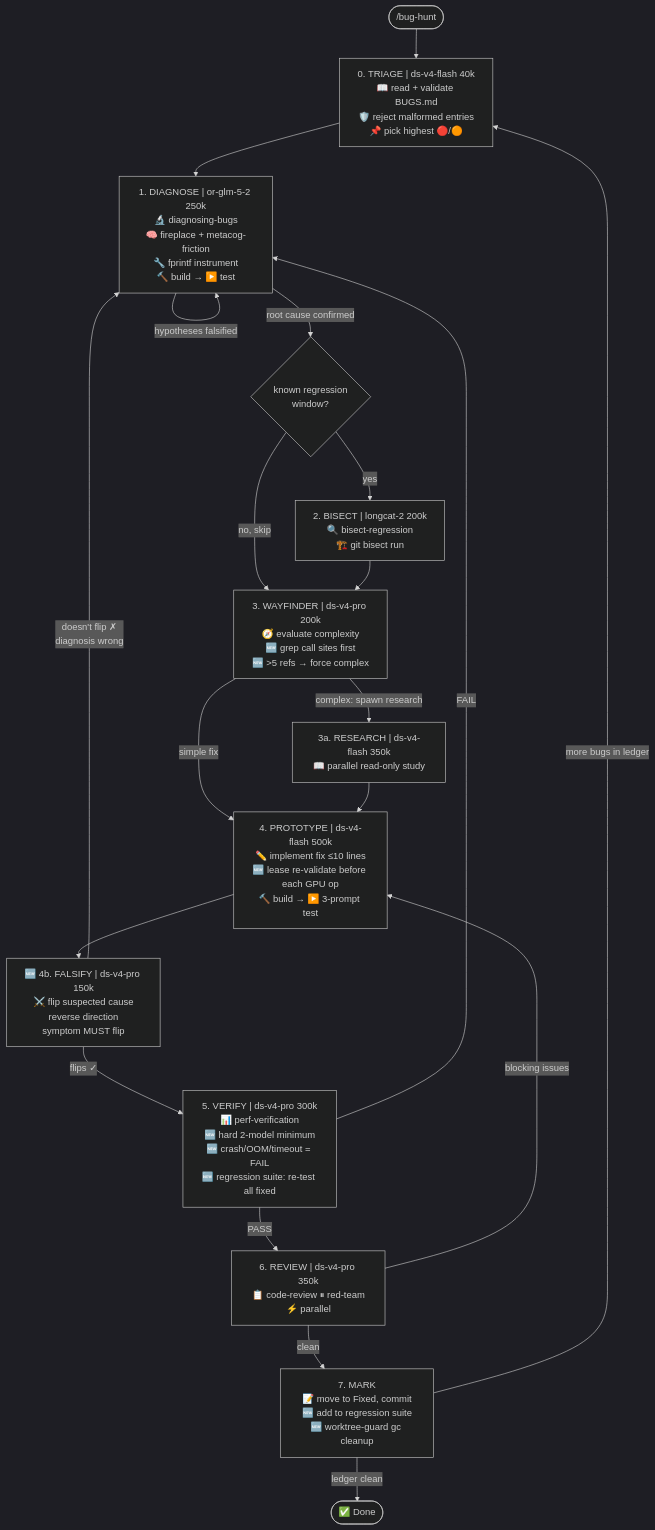
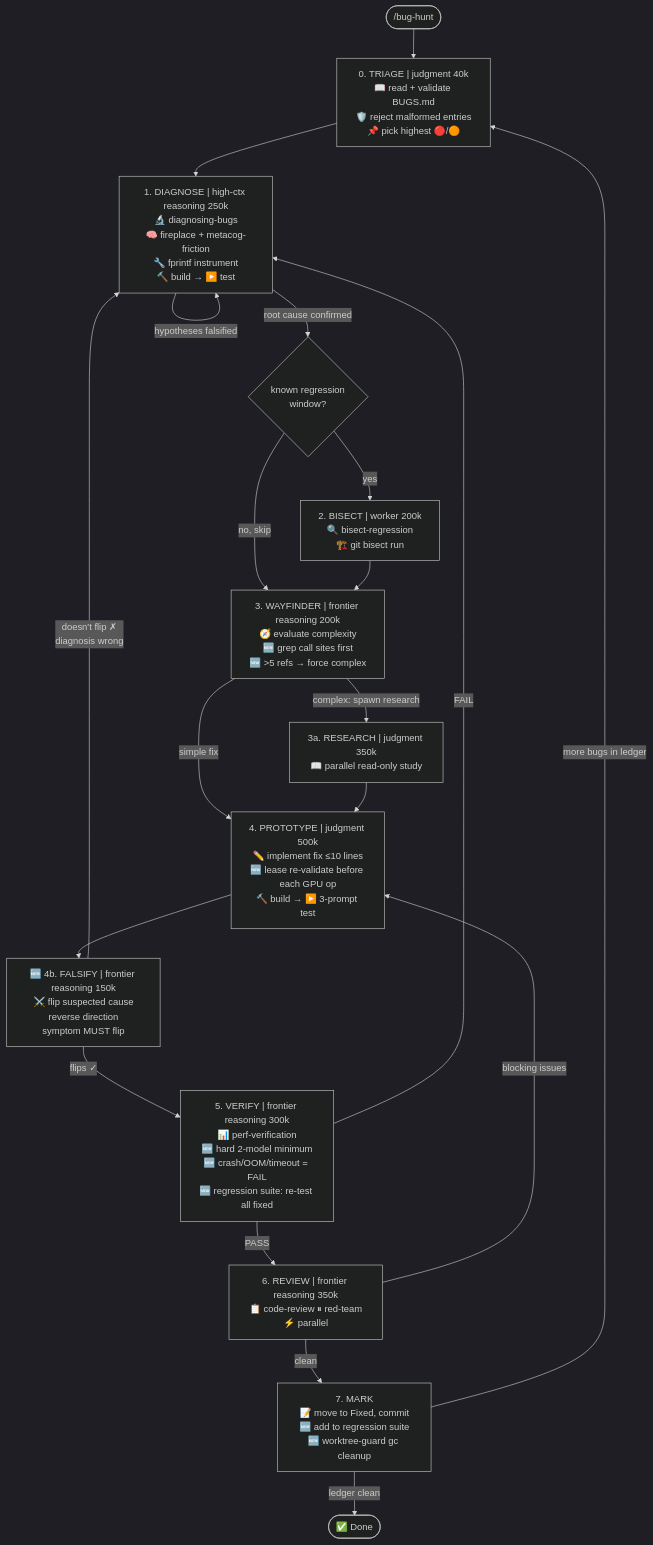
One commit to NighmareGit/skunkworks-toolbox changed the diagram in skills/bug-hunt/SKILL.md. Above: the diagram before and after it, drawn with Mermaid (dark theme). The commit also changed other lines of this file and 5 other files, not shown here.

````diff
--- a/skills/bug-hunt/SKILL.md
+++ b/skills/bug-hunt/SKILL.md
@@ -13,44 +13,44 @@
 ```mermaid
 flowchart TD
     START(["/bug-hunt"]) --> TRIAGE
 
-    TRIAGE["0. TRIAGE | ds-v4-flash 40k<br/>📖 read + validate BUGS.md<br/>🛡️ reject malformed entries<br/>📌 pick highest 🔴/🟠"]
+    TRIAGE["0. TRIAGE | judgment 40k<br/>📖 read + validate BUGS.md<br/>🛡️ reject malformed entries<br/>📌 pick highest 🔴/🟠"]
 
     TRIAGE --> DIAGNOSE
 
-    DIAGNOSE["1. DIAGNOSE | or-glm-5-2 250k<br/>🔬 diagnosing-bugs<br/>🧠 fireplace + metacog-friction<br/>🔧 fprintf instrument<br/>🔨 build → ▶️ test"]
+    DIAGNOSE["1. DIAGNOSE | high-ctx reasoning 250k<br/>🔬 diagnosing-bugs<br/>🧠 fireplace + metacog-friction<br/>🔧 fprintf instrument<br/>🔨 build → ▶️ test"]
     DIAGNOSE --> |"hypotheses falsified"| DIAGNOSE
     DIAGNOSE --> |"root cause confirmed"| BISECT_CHECK{known regression<br/>window?}
 
     BISECT_CHECK --> |yes| BISECT
     BISECT_CHECK --> |no, skip| WAYFINDER
 
-    BISECT["2. BISECT | longcat-2 200k<br/>🔍 bisect-regression<br/>🏗️ git bisect run"] --> WAYFINDER
+    BISECT["2. BISECT | worker 200k<br/>🔍 bisect-regression<br/>🏗️ git bisect run"] --> WAYFINDER
 
-    WAYFINDER["3. WAYFINDER | ds-v4-pro 200k<br/>🧭 evaluate complexity<br/>🆕 grep call sites first<br/>🆕 >5 refs → force complex"]
+    WAYFINDER["3. WAYFINDER | frontier reasoning 200k<br/>🧭 evaluate complexity<br/>🆕 grep call sites first<br/>🆕 >5 refs → force complex"]
     WAYFINDER --> |"complex: spawn research"| RESEARCH
     WAYFINDER --> |"simple fix"| PROTOTYPE
 
-    RESEARCH["3a. RESEARCH | ds-v4-flash 350k<br/>📖 parallel read-only study"] --> PROTOTYPE
+    RESEARCH["3a. RESEARCH | judgment 350k<br/>📖 parallel read-only study"] --> PROTOTYPE
 
-    PROTOTYPE["4. PROTOTYPE | ds-v4-flash 500k<br/>✏️ implement fix ≤10 lines<br/>🆕 lease re-validate before each GPU op<br/>🔨 build → ▶️ 3-prompt test"]
+    PROTOTYPE["4. PROTOTYPE | judgment 500k<br/>✏️ implement fix ≤10 lines<br/>🆕 lease re-validate before each GPU op<br/>🔨 build → ▶️ 3-prompt test"]
     PROTOTYPE --> FALSIFY
 
-    FALSIFY["🆕 4b. FALSIFY | ds-v4-pro 150k<br/>⚔️ flip suspected cause<br/>reverse direction<br/>symptom MUST flip"]
+    FALSIFY["🆕 4b. FALSIFY | frontier reasoning 150k<br/>⚔️ flip suspected cause<br/>reverse direction<br/>symptom MUST flip"]
     FALSIFY --> |"flips ✓"| VERIFY
     FALSIFY --> |"doesn't flip ✗<br/>diagnosis wrong"| DIAGNOSE
 
-    VERIFY["5. VERIFY | ds-v4-pro 300k<br/>📊 perf-verification<br/>🆕 hard 2-model minimum<br/>🆕 crash/OOM/timeout = FAIL<br/>🆕 regression suite: re-test all fixed"]
+    VERIFY["5. VERIFY | frontier reasoning 300k<br/>📊 perf-verification<br/>🆕 hard 2-model minimum<br/>🆕 crash/OOM/timeout = FAIL<br/>🆕 regression suite: re-test all fixed"]
     VERIFY --> |"FAIL"| DIAGNOSE
     VERIFY --> |"PASS"| REVIEW
 
-    REVIEW["6. REVIEW | ds-v4-pro 350k<br/>📋 code-review ⏸ red-team<br/>⚡ parallel"]
+    REVIEW["6. REVIEW | frontier reasoning 350k<br/>📋 code-review ⏸ red-team<br/>⚡ parallel"]
     REVIEW --> |"blocking issues"| PROTOTYPE
     REVIEW --> |"clean"| MARK
 
     MARK["7. MARK<br/>📝 move to Fixed, commit<br/>🆕 add to regression suite<br/>🆕 worktree-guard gc cleanup"]
     MARK --> |"more bugs in ledger"| TRIAGE
     MARK --> |"ledger clean"| DONE([✅ Done])
 
     DONE
 ```
````
